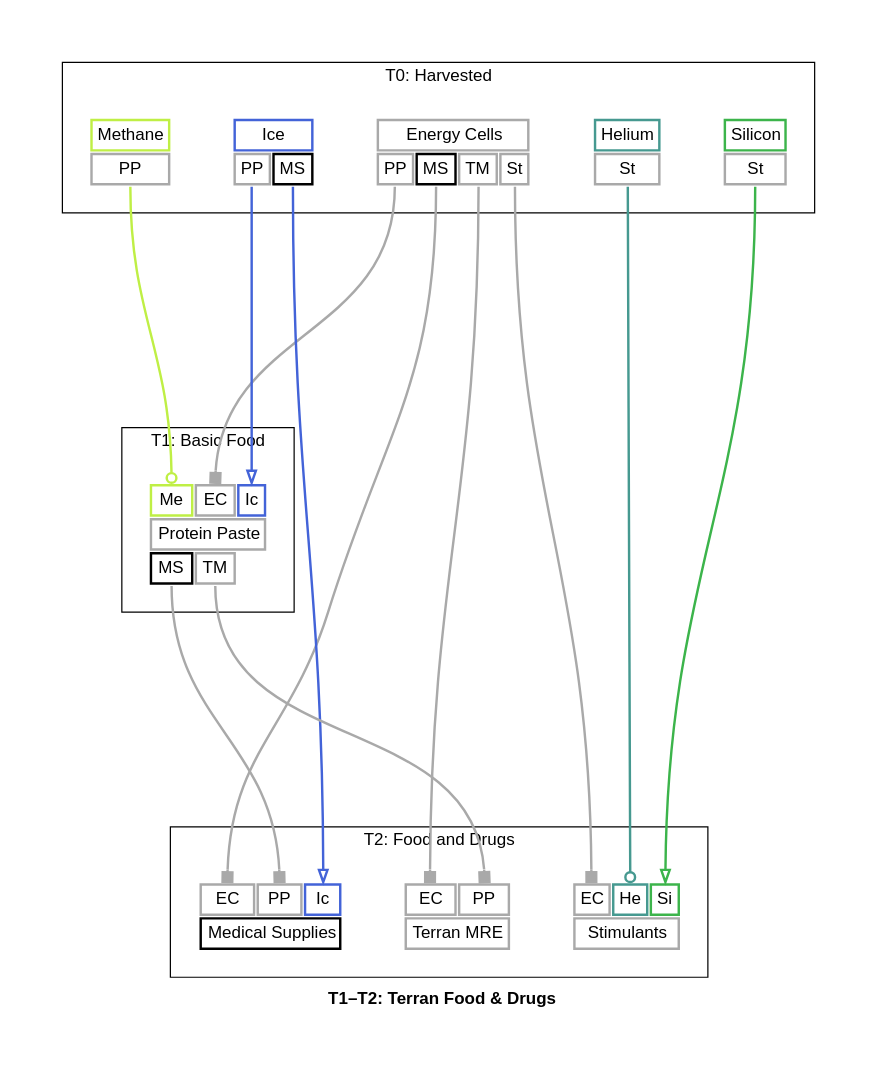
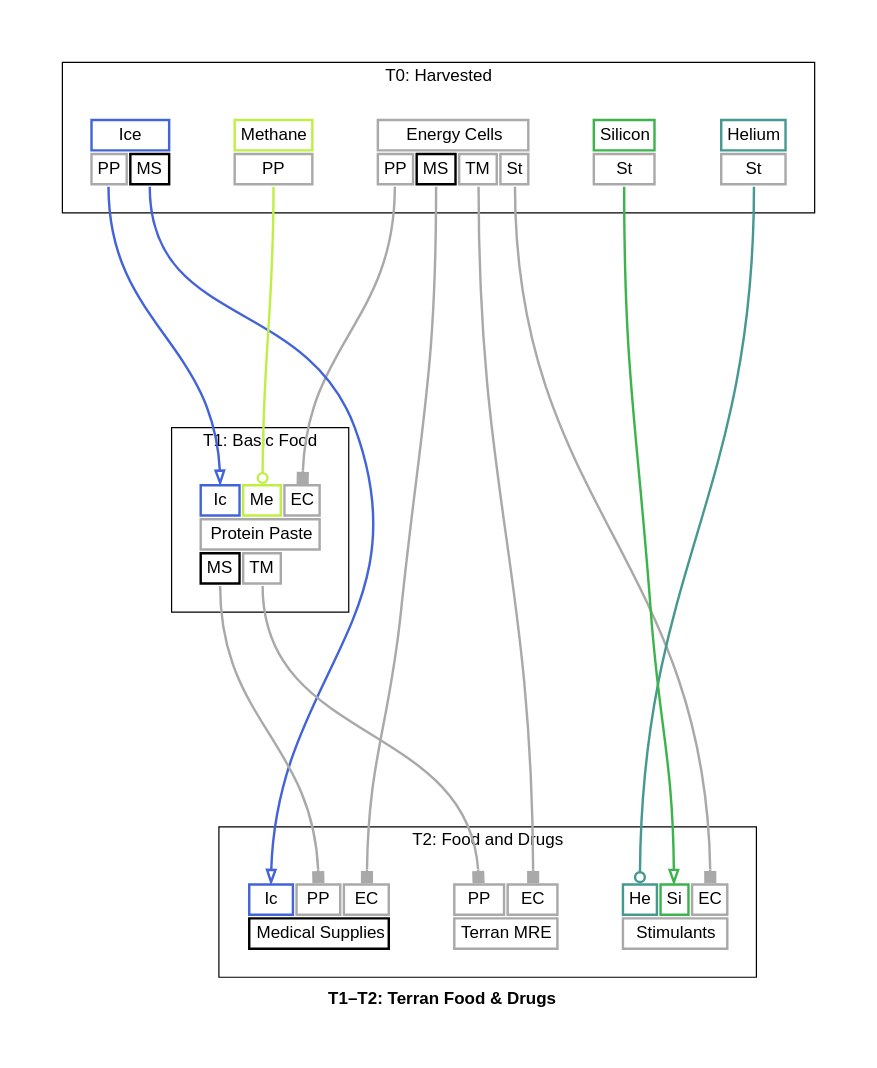
The diagram in docs/t1_t2_terran_food_drugs_graph_full.dot (borntyping/x4-diagrams), drawn with Graphviz before and after one commit. The commit also changed other lines of this file and 46 other files, not shown here.

First line of the commit message:
Fix weird highlighting in the sankey diagram

```diff
--- a/docs/t1_t2_terran_food_drugs_graph_full.dot
+++ b/docs/t1_t2_terran_food_drugs_graph_full.dot
@@ -1,175 +1,175 @@
 digraph "X4 Economy" {
 	edge [arrowType=normal]
 	compound=true fontname="Helvetica,Arial,sans-serif"
 	label=<<b>T1–T2: Terran Food &amp; Drugs</b>>
 	graph [nodesep=0.3 pad=0.5 ranksep=3]
 	node [color=slategray1 fontname="Helvetica,Arial,sans-serif" margin=0.2 penwidth=2.0 shape=plaintext]
 	edge [arrowhead=normal arrowsize=1.0 fontname="Helvetica,Arial,sans-serif" headport=n penwidth=2.0 tailport=s]
 	subgraph 0 {
 		cluster=true label="T0: Harvested"
 		energy_cells [label=<<table border="0" cellborder="2" cellpadding="4" cellspacing="1" fixedsize="false" id="energy_cells" port="output">
   
   <tr>
     <td align="text" bgcolor="white" color="#a9a9a9" colspan="4">Energy Cells</td>
   </tr>
   
     <tr>
       
         <td align="text" bgcolor="white" color="#a9a9a9" port="protein_paste">PP</td>
       
         <td align="text" bgcolor="white" color="#000000" port="medical_supplies">MS</td>
       
         <td align="text" bgcolor="white" color="#a9a9a9" port="terran_mre">TM</td>
       
         <td align="text" bgcolor="white" color="#a9a9a9" port="stimulants">St</td>
       
     </tr>
   
 </table>>]
 		helium [label=<<table border="0" cellborder="2" cellpadding="4" cellspacing="1" fixedsize="false" id="helium" port="output">
   
   <tr>
     <td align="text" bgcolor="white" color="#469990" colspan="1">Helium</td>
   </tr>
   
     <tr>
       
         <td align="text" bgcolor="white" color="#a9a9a9" port="stimulants">St</td>
       
     </tr>
   
 </table>>]
 		ice [label=<<table border="0" cellborder="2" cellpadding="4" cellspacing="1" fixedsize="false" id="ice" port="output">
   
   <tr>
     <td align="text" bgcolor="white" color="#4363d8" colspan="2">Ice</td>
   </tr>
   
     <tr>
       
         <td align="text" bgcolor="white" color="#a9a9a9" port="protein_paste">PP</td>
       
         <td align="text" bgcolor="white" color="#000000" port="medical_supplies">MS</td>
       
     </tr>
   
 </table>>]
 		methane [label=<<table border="0" cellborder="2" cellpadding="4" cellspacing="1" fixedsize="false" id="methane" port="output">
   
   <tr>
     <td align="text" bgcolor="white" color="#bfef45" colspan="1">Methane</td>
   </tr>
   
     <tr>
       
         <td align="text" bgcolor="white" color="#a9a9a9" port="protein_paste">PP</td>
       
     </tr>
   
 </table>>]
 		silicon [label=<<table border="0" cellborder="2" cellpadding="4" cellspacing="1" fixedsize="false" id="silicon" port="output">
   
   <tr>
     <td align="text" bgcolor="white" color="#3cb44b" colspan="1">Silicon</td>
   </tr>
   
     <tr>
       
         <td align="text" bgcolor="white" color="#a9a9a9" port="stimulants">St</td>
       
     </tr>
   
 </table>>]
 	}
 	subgraph 1 {
 		cluster=true label="T1: Basic Food"
 		protein_paste [label=<<table border="0" cellborder="2" cellpadding="4" cellspacing="1" fixedsize="false" id="protein_paste" port="output">
   
     <tr>
       
+        <td align="text" bgcolor="white" color="#4363d8" port="ice">Ic</td>
+      
         <td align="text" bgcolor="white" color="#bfef45" port="methane">Me</td>
       
         <td align="text" bgcolor="white" color="#a9a9a9" port="energy_cells">EC</td>
-      
-        <td align="text" bgcolor="white" color="#4363d8" port="ice">Ic</td>
       
     </tr>
   
   <tr>
     <td align="text" bgcolor="white" color="#a9a9a9" colspan="3">Protein Paste</td>
   </tr>
   
     <tr>
       
         <td align="text" bgcolor="white" color="#000000" port="medical_supplies">MS</td>
       
         <td align="text" bgcolor="white" color="#a9a9a9" port="terran_mre">TM</td>
       
     </tr>
   
 </table>>]
 	}
 	subgraph 2 {
 		cluster=true label="T2: Food and Drugs"
 		medical_supplies [label=<<table border="0" cellborder="2" cellpadding="4" cellspacing="1" fixedsize="false" id="medical_supplies" port="output">
   
     <tr>
       
-        <td align="text" bgcolor="white" color="#a9a9a9" port="energy_cells">EC</td>
+        <td align="text" bgcolor="white" color="#4363d8" port="ice">Ic</td>
       
         <td align="text" bgcolor="white" color="#a9a9a9" port="protein_paste">PP</td>
       
-        <td align="text" bgcolor="white" color="#4363d8" port="ice">Ic</td>
+        <td align="text" bgcolor="white" color="#a9a9a9" port="energy_cells">EC</td>
       
     </tr>
   
   <tr>
     <td align="text" bgcolor="white" color="#000000" colspan="3">Medical Supplies</td>
   </tr>
   
 </table>>]
 		stimulants [label=<<table border="0" cellborder="2" cellpadding="4" cellspacing="1" fixedsize="false" id="stimulants" port="output">
   
     <tr>
       
-        <td align="text" bgcolor="white" color="#a9a9a9" port="energy_cells">EC</td>
-      
         <td align="text" bgcolor="white" color="#469990" port="helium">He</td>
       
         <td align="text" bgcolor="white" color="#3cb44b" port="silicon">Si</td>
+      
+        <td align="text" bgcolor="white" color="#a9a9a9" port="energy_cells">EC</td>
       
     </tr>
   
   <tr>
     <td align="text" bgcolor="white" color="#a9a9a9" colspan="3">Stimulants</td>
   </tr>
   
 </table>>]
 		terran_mre [label=<<table border="0" cellborder="2" cellpadding="4" cellspacing="1" fixedsize="false" id="terran_mre" port="output">
   
     <tr>
       
+        <td align="text" bgcolor="white" color="#a9a9a9" port="protein_paste">PP</td>
+      
         <td align="text" bgcolor="white" color="#a9a9a9" port="energy_cells">EC</td>
-      
-        <td align="text" bgcolor="white" color="#a9a9a9" port="protein_paste">PP</td>
       
     </tr>
   
   <tr>
     <td align="text" bgcolor="white" color="#a9a9a9" colspan="2">Terran MRE</td>
   </tr>
   
 </table>>]
 	}
 	energy_cells:protein_paste:s -> protein_paste:energy_cells:n [arrowhead=box color="#a9a9a9" weight=1.0]
 	ice:protein_paste:s -> protein_paste:ice:n [arrowhead=empty color="#4363d8" weight=1.0]
 	methane:protein_paste:s -> protein_paste:methane:n [arrowhead=odot color="#bfef45" weight=1.0]
 	energy_cells:medical_supplies:s -> medical_supplies:energy_cells:n [arrowhead=box color="#a9a9a9" weight=1.0]
 	ice:medical_supplies:s -> medical_supplies:ice:n [arrowhead=empty color="#4363d8" weight=1.0]
 	protein_paste:medical_supplies:s -> medical_supplies:protein_paste:n [arrowhead=box color="#a9a9a9" weight=1.0]
 	energy_cells:terran_mre:s -> terran_mre:energy_cells:n [arrowhead=box color="#a9a9a9" weight=1.0]
 	protein_paste:terran_mre:s -> terran_mre:protein_paste:n [arrowhead=box color="#a9a9a9" weight=1.0]
 	energy_cells:stimulants:s -> stimulants:energy_cells:n [arrowhead=box color="#a9a9a9" weight=1.0]
 	helium:stimulants:s -> stimulants:helium:n [arrowhead=odot color="#469990" weight=1.0]
 	silicon:stimulants:s -> stimulants:silicon:n [arrowhead=empty color="#3cb44b" weight=1.0]
 }
```
